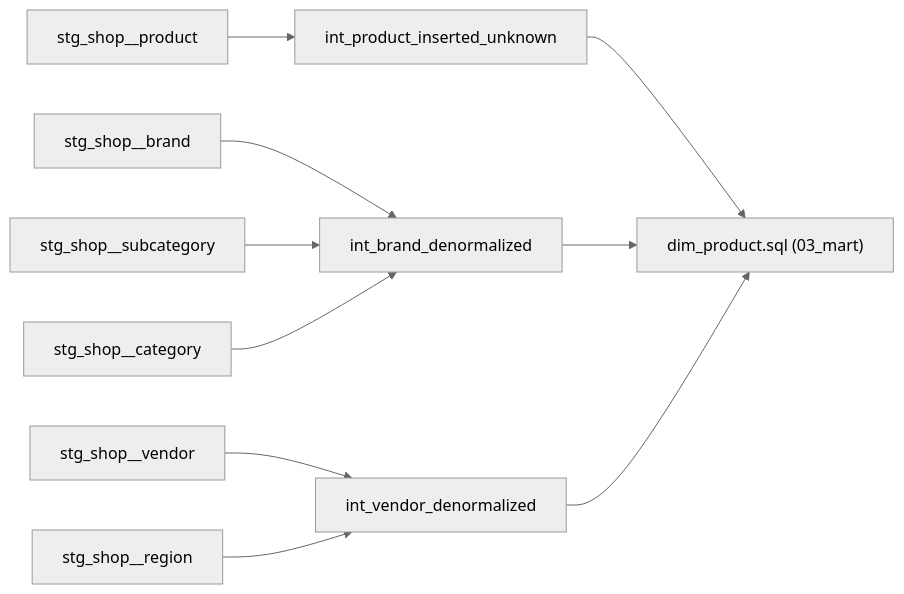
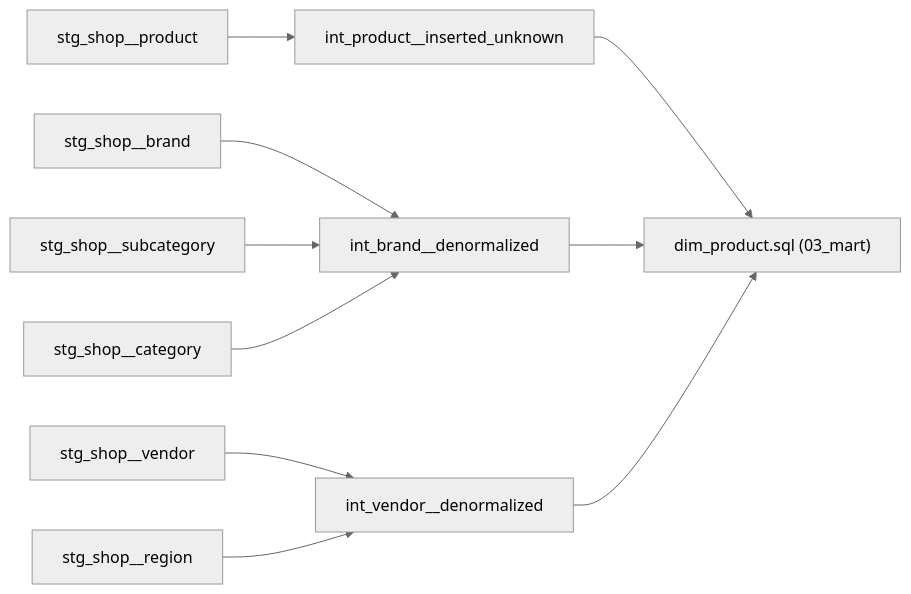
The diagram in docs/dbt-layers-conventions.md (ducchetrongminh/vitlamdata_dbt_postgres), drawn with Mermaid (neutral theme) before and after one commit. The commit also changed other lines of this file and 6 other files, not shown here.

````diff
--- a/docs/dbt-layers-conventions.md
+++ b/docs/dbt-layers-conventions.md
@@ -233,12 +233,12 @@
 ```mermaid
 flowchart LR
-    stg_brand["stg_shop__brand"] --> int_brand["int_brand_denormalized"]
+    stg_brand["stg_shop__brand"] --> int_brand["int_brand__denormalized"]
     stg_subcategory["stg_shop__subcategory"] --> int_brand
     stg_category["stg_shop__category"] --> int_brand
-    stg_vendor["stg_shop__vendor"] --> int_vendor["int_vendor_denormalized"]
+    stg_vendor["stg_shop__vendor"] --> int_vendor["int_vendor__denormalized"]
     stg_region["stg_shop__region"] --> int_vendor
-    stg_product["stg_shop__product"] --> int_product["int_product_inserted_unknown"]
+    stg_product["stg_shop__product"] --> int_product["int_product__inserted_unknown"]
     int_product --> dim["dim_product.sql (03_mart)"]
     int_brand --> dim
     int_vendor --> dim
 ```
````
